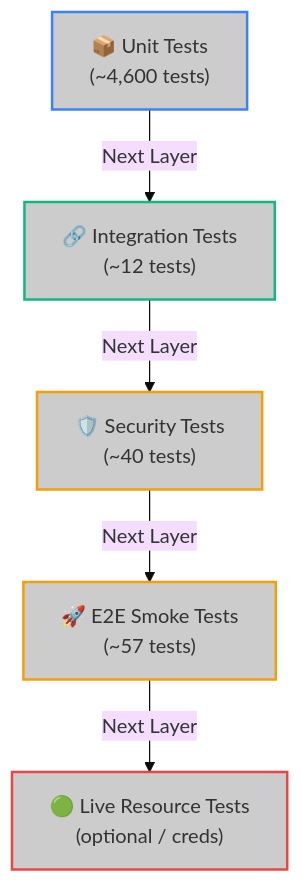
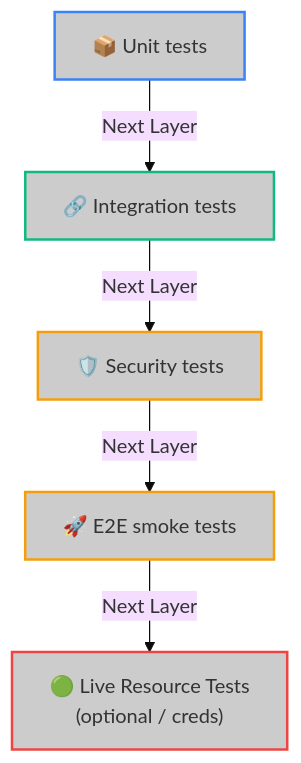
One commit to gitlqhlin/hoox changed the diagram in docs/devops/development/testing.mdx. Above: the diagram before and after it, drawn with Mermaid (base theme). The commit also changed other lines of this file and 42 other files, not shown here.

````diff
--- a/docs/devops/development/testing.mdx
+++ b/docs/devops/development/testing.mdx
@@ -29,13 +19,13 @@
 ```mermaid
 graph TD
-    UT["📦 Unit Tests<br/>(~4,600 tests)"] -->|Next Layer| IT["🔗 Integration Tests<br/>(~12 tests)"]
-    IT -->|Next Layer| ST["🛡️ Security Tests<br/>(~40 tests)"]
-    ST -->|Next Layer| E2E["🚀 E2E Smoke Tests<br/>(~57 tests)"]
+    UT["📦 Unit tests"] -->|Next Layer| IT["🔗 Integration tests"]
+    IT -->|Next Layer| ST["🛡️ Security tests"]
+    ST -->|Next Layer| E2E["🚀 E2E smoke tests"]
     E2E -->|Next Layer| LT["🟢 Live Resource Tests<br/>(optional / creds)"]
 
     style UT fill:#CCCCCC,stroke:#3b82f6,stroke-width:2
     style IT fill:#CCCCCC,stroke:#10b981,stroke-width:2
     style ST fill:#CCCCCC,stroke:#f59e0b,stroke-width:2
     style E2E fill:#CCCCCC,stroke:#f59e0b,stroke-width:2
     style LT fill:#CCCCCC,stroke:#ef4444,stroke-width:2
 ```
````
